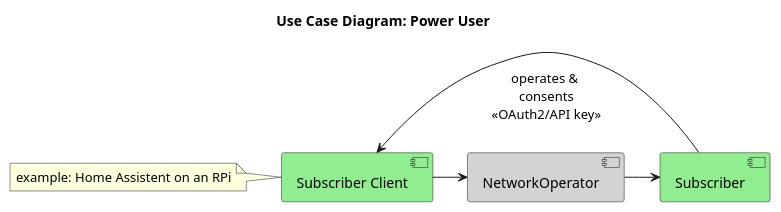
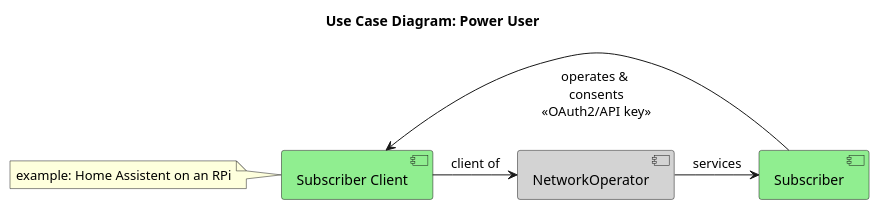
Before and after one commit to camaraproject/WorkingGroups: the first of 2 diagrams in APIBacklog/documentation/SupportingDocuments/others/cpe-management-api/use-case-power-user.puml, drawn with PlantUML. The commit also changed 4 other files, not shown here.

```diff
--- a/APIBacklog/documentation/SupportingDocuments/others/cpe-management-api/use-case-power-user.puml
+++ b/APIBacklog/documentation/SupportingDocuments/others/cpe-management-api/use-case-power-user.puml
@@ -1,13 +1,13 @@
 @startuml
 title Use Case Diagram: Power User
 
 [Subscriber Client] #LightGreen
 [NetworkOperator] #LightGray
 [Subscriber] #LightGreen
-[Subscriber Client] -> [NetworkOperator]
-[NetworkOperator] -> [Subscriber]
+[Subscriber Client] -> [NetworkOperator]: client of
+[NetworkOperator] -> [Subscriber]: services
 [Subscriber] -> [Subscriber Client] : \noperates & \nconsents\n<<OAuth2/API key>>
 
 note left of [Subscriber Client] : example: Home Assistent on an RPi
 
 @enduml
```
